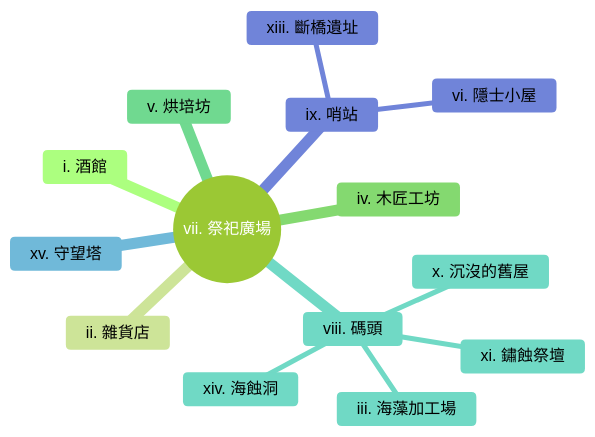
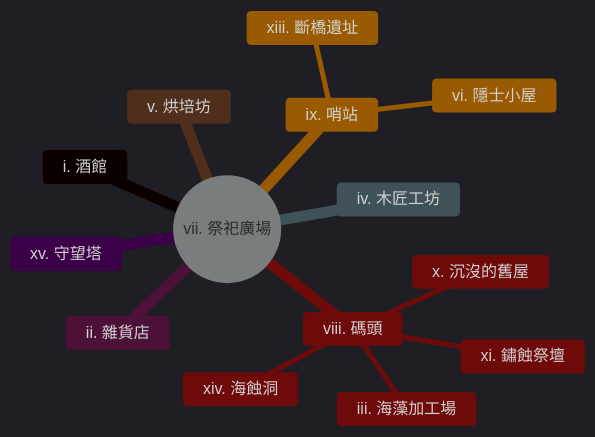
Before and after one commit to TzuoYeah/WorldBuliding: the diagram in docs/hamlet/藻林村.md, drawn with Mermaid. The commit also changed other lines of this file and 1 other file, not shown here.

````diff
--- a/docs/hamlet/藻林村.md
+++ b/docs/hamlet/藻林村.md
@@ -13,22 +13,22 @@
 ```mermaid
 ---
 config:
-  theme: forest
+  theme: dark
 ---
 mindmap
   root((vii. 祭祀廣場))
     i. 酒館
     ii. 雜貨店
     iv. 木匠工坊
     v. 烘培坊
     viii. 碼頭
       iii. 海藻加工場
       x. 沉沒的舊屋
       xi. 鏽蝕祭壇
       xiv. 海蝕洞
     xv. 守望塔
     ix. 哨站
       vi. 隱士小屋
       xiii. 斷橋遺址
 
 ```
````
